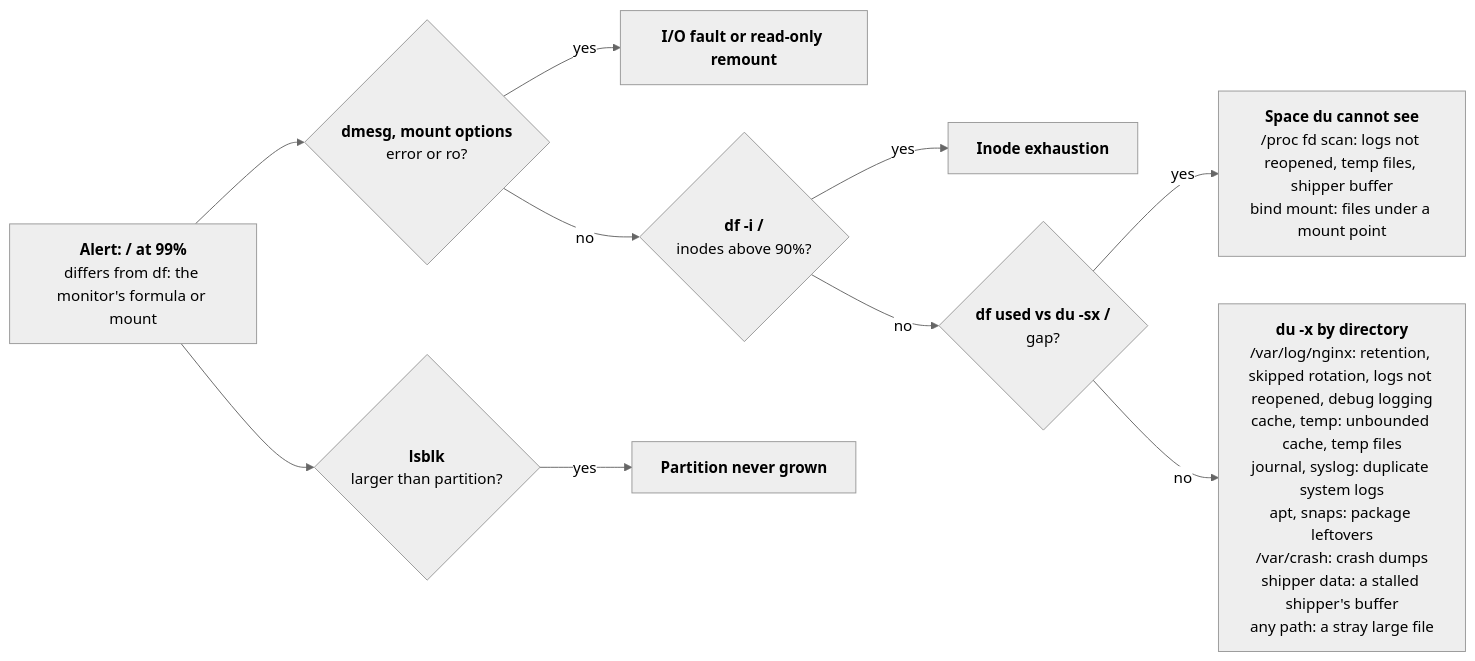
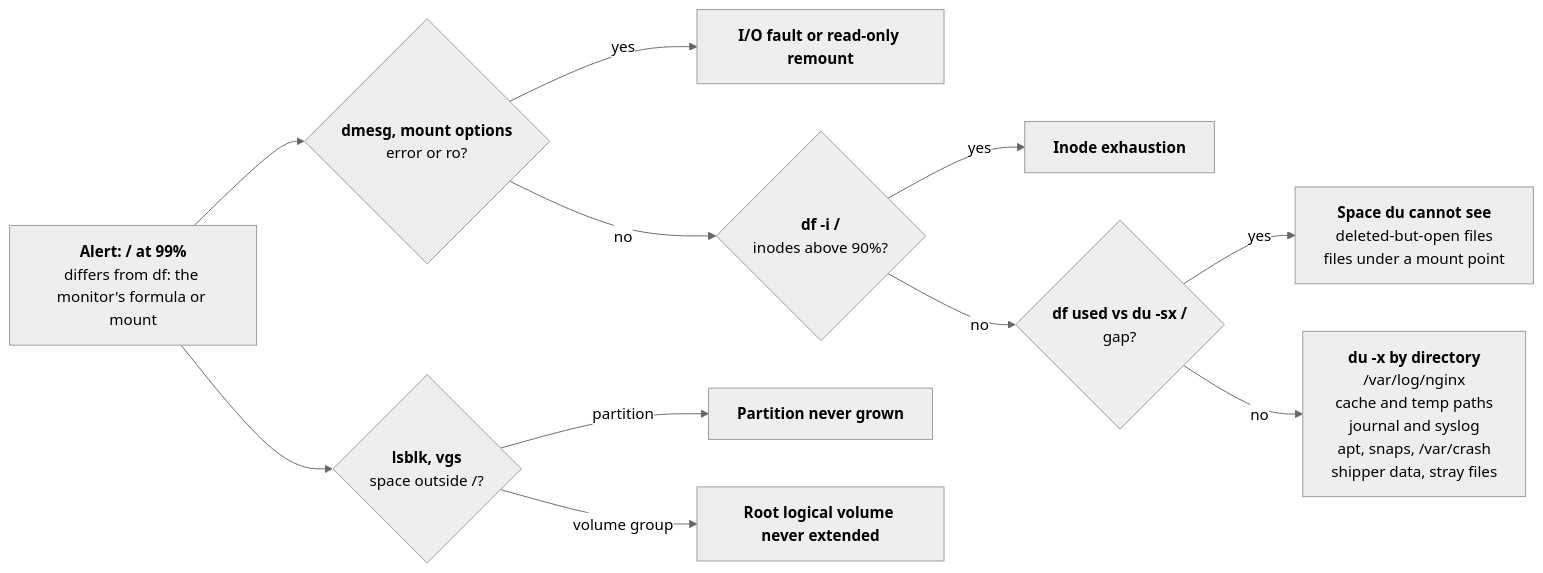
The diagram in src/problem2/SOLUTION.md (ndmquan-git/devops-challenge-ndmquan), drawn with Mermaid (neutral theme) before and after one commit. The commit also changed other lines of this file and 23 other files, not shown here.

````diff
--- a/src/problem2/SOLUTION.md
+++ b/src/problem2/SOLUTION.md
@@ -146,26 +150,25 @@
 ```mermaid
 flowchart LR
   a["`**Alert: / at 99%**
 differs from df: the monitor's formula or mount`"] --> b{"`**dmesg, mount options**
 error or ro?`"}
   b -- yes --> fault["`**I/O fault or read-only remount**`"]
   b -- no --> c{"`**df -i /**
 inodes above 90%?`"}
   c -- yes --> inodes["`**Inode exhaustion**`"]
   c -- no --> d{"`**df used vs du -sx /**
 gap?`"}
   d -- yes --> e["`**Space du cannot see**
-/proc fd scan: logs not reopened, temp files, shipper buffer
-bind mount: files under a mount point`"]
+deleted-but-open files
+files under a mount point`"]
   d -- no --> f["`**du -x by directory**
-/var/log/nginx: retention, skipped rotation, logs not reopened, debug logging
-cache, temp: unbounded cache, temp files
-journal, syslog: duplicate system logs
-apt, snaps: package leftovers
-/var/crash: crash dumps
-shipper data: a stalled shipper's buffer
-any path: a stray large file`"]
-  a --> g{"`**lsblk**
-larger than partition?`"}
-  g -- yes --> grow["`**Partition never grown**`"]
+/var/log/nginx
+cache and temp paths
+journal and syslog
+apt, snaps, /var/crash
+shipper data, stray files`"]
+  a --> g{"`**lsblk, vgs**
+space outside /?`"}
+  g -- partition --> grow["`**Partition never grown**`"]
+  g -- volume group --> lv["`**Root logical volume never extended**`"]
 ```
````
